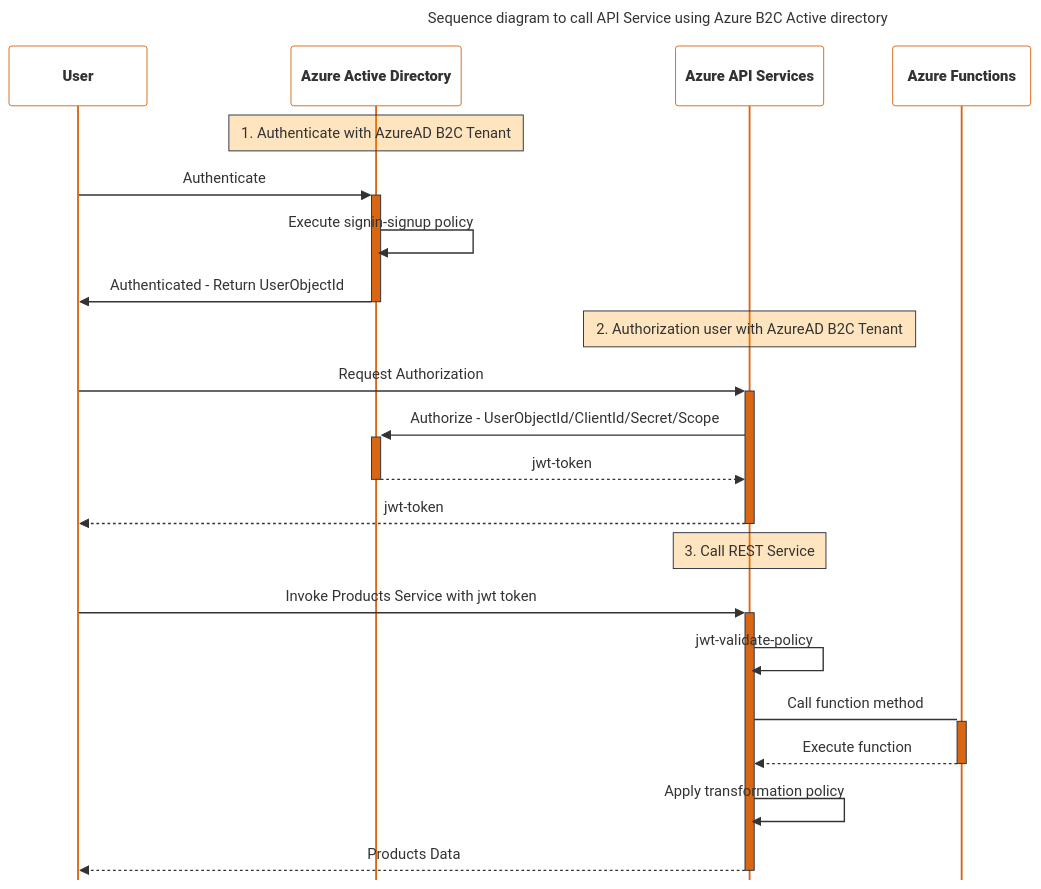
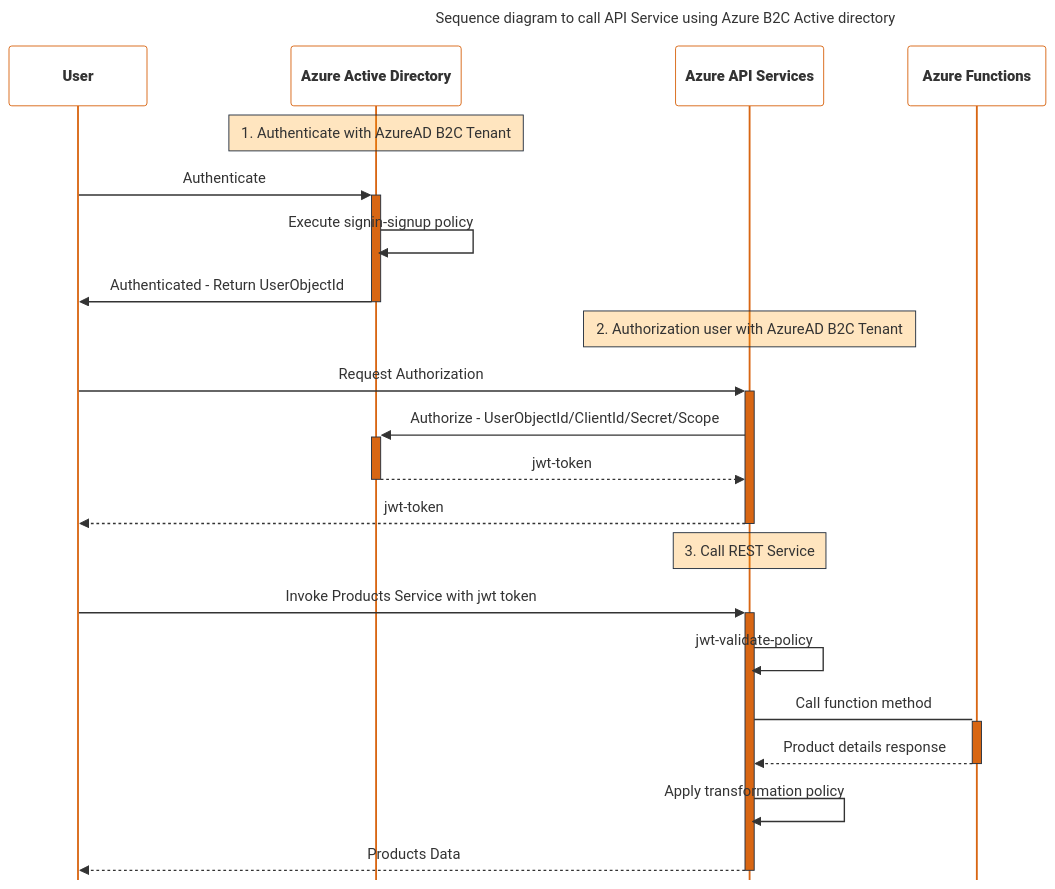
Before and after one commit to cooolbabu/SreenivasAngara: the first of 2 diagrams in content/posts/SecureAzureAPIB2C.md, drawn with Mermaid.

````diff
--- a/content/posts/SecureAzureAPIB2C.md
+++ b/content/posts/SecureAzureAPIB2C.md
@@ -27,33 +27,33 @@
 ```mermaid
 %%{init: {'sequence': { 'mirrorActors': false, 'rightAngles': true, 'messageAlign': 'center', 'actorFontSize': 20, 'actorFontWeight': 900, 'noteFontSize': 18, 'noteFontWeight': 600, 'messageFontSize': 14}}}%%
 %%{init: {'theme': 'base', 'themeVariables': {'labelBoxBkgColor': 'lightgrey', 'labelBoxBorderColor': '#000000', 'actorBorder': '#D86613', 'actorBkg': '#ffffff', 'activationBorderColor': '#232F3E', 'activationBkgColor': '#D86613', 'noteBkgColor': 'rgba(255, 153, 0, .25)', 'noteBorderColor': '#232F3E'}}}%%
 
 
 sequenceDiagram
     title Sequence diagram to call API Service using Azure B2C Active directory
     participant User
     participant AzureAD as Azure Active Directory
     participant APIService as Azure API Services
     participant AzureFunctions as Azure Functions
 
     note over AzureAD: 1. Authenticate with AzureAD B2C Tenant
 
     User ->>+ AzureAD: Authenticate
     AzureAD ->> AzureAD: Execute signin-signup policy
     AzureAD ->>- User: Authenticated - Return UserObjectId
 
     note over APIService: 2. Authorization user with AzureAD B2C Tenant
     User ->>+ APIService: Request Authorization
     APIService ->>+ AzureAD: Authorize - UserObjectId/ClientId/Secret/Scope
     AzureAD -->>- APIService: jwt-token
     APIService -->>- User: jwt-token
 
     note over APIService: 3. Call REST Service
     User ->>+ APIService: Invoke Products Service with jwt token
     APIService ->> APIService: jwt-validate-policy
     APIService ->+ AzureFunctions: Call function method
-    AzureFunctions -->>- APIService: Execute function
+    AzureFunctions -->>- APIService: Product details response
     APIService ->> APIService: Apply transformation policy
     APIService -->>- User: Products Data
 
 ```
````
